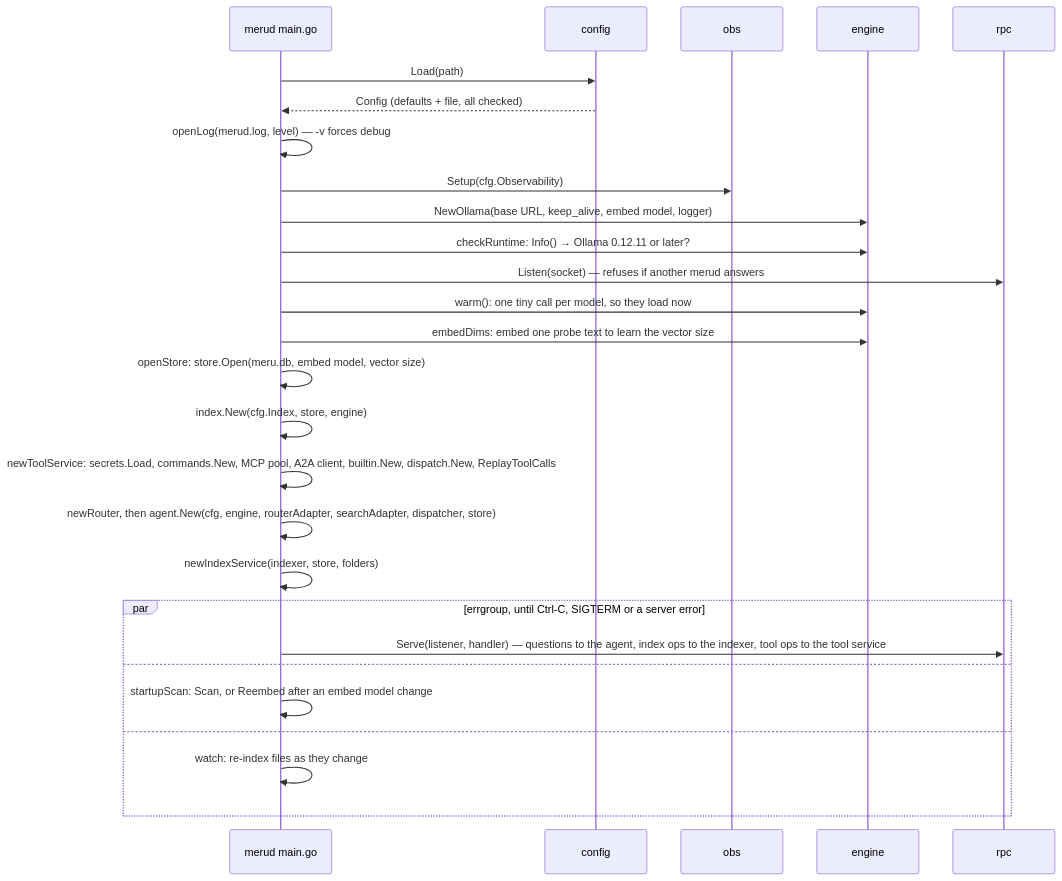
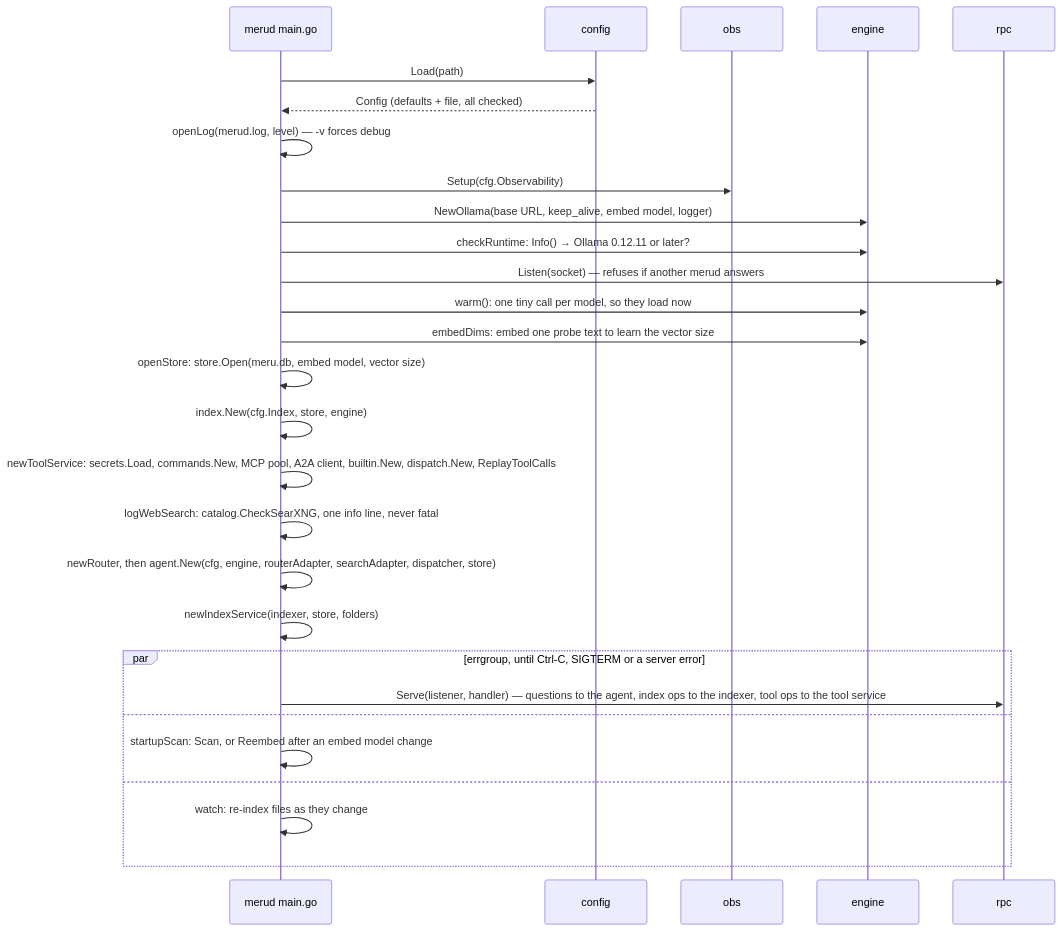
One commit to aarora79/meru changed the second of 3 diagrams in docs/lld.md. Above: the diagram before and after it, drawn with Mermaid. The commit also changed other lines of this file and 51 other files, not shown here.

First line of the commit message:
Web search: web_search and web_url_read over SearXNG, drop brave

````diff
--- a/docs/lld.md
+++ b/docs/lld.md
@@ -407,30 +408,31 @@
 ```mermaid
 sequenceDiagram
     participant M as merud main.go
     participant C as config
     participant O as obs
     participant E as engine
     participant R as rpc
 
     M->>C: Load(path)
     C-->>M: Config (defaults + file, all checked)
     M->>M: openLog(merud.log, level) — -v forces debug
     M->>O: Setup(cfg.Observability)
     M->>E: NewOllama(base URL, keep_alive, embed model, logger)
     M->>E: checkRuntime: Info() → Ollama 0.12.11 or later?
     M->>R: Listen(socket) — refuses if another merud answers
     M->>E: warm(): one tiny call per model, so they load now
     M->>E: embedDims: embed one probe text to learn the vector size
     M->>M: openStore: store.Open(meru.db, embed model, vector size)
     M->>M: index.New(cfg.Index, store, engine)
     M->>M: newToolService: secrets.Load, commands.New, MCP pool, A2A client, builtin.New, dispatch.New, ReplayToolCalls
+    M->>M: logWebSearch: catalog.CheckSearXNG, one info line, never fatal
     M->>M: newRouter, then agent.New(cfg, engine, routerAdapter, searchAdapter, dispatcher, store)
     M->>M: newIndexService(indexer, store, folders)
     par errgroup, until Ctrl-C, SIGTERM or a server error
         M->>R: Serve(listener, handler) — questions to the agent, index ops to the indexer, tool ops to the tool service
     and
         M->>M: startupScan: Scan, or Reembed after an embed model change
     and
         M->>M: watch: re-index files as they change
     end
 ```
````
